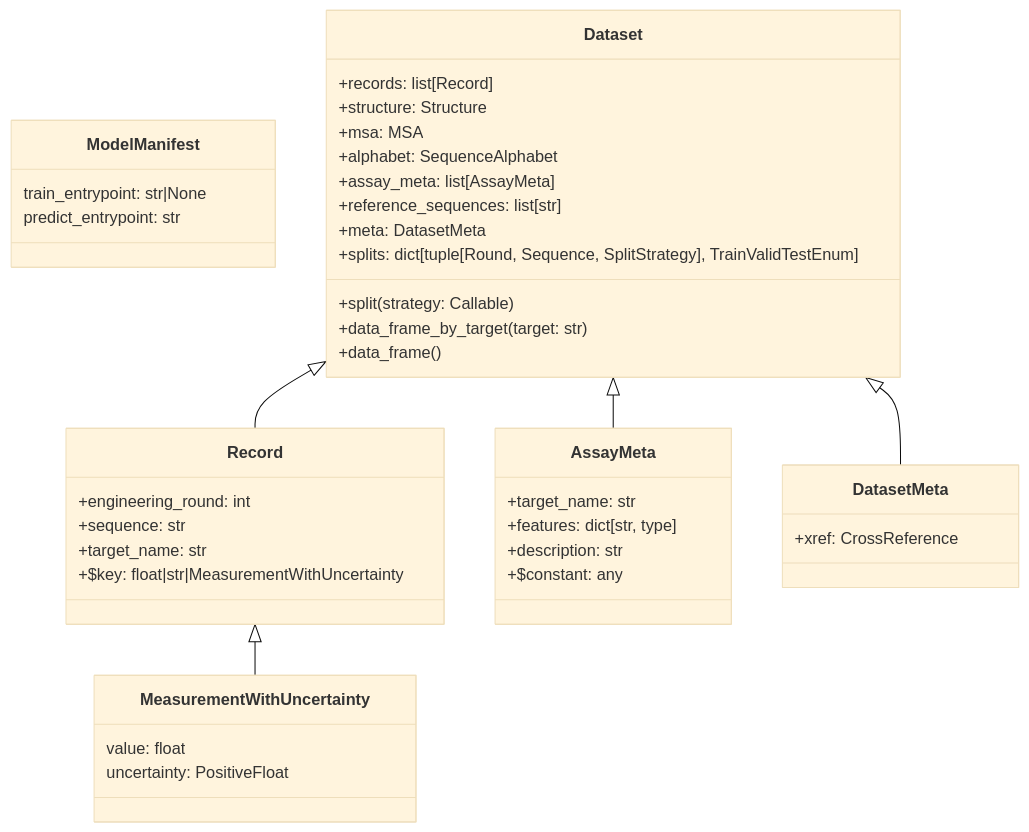
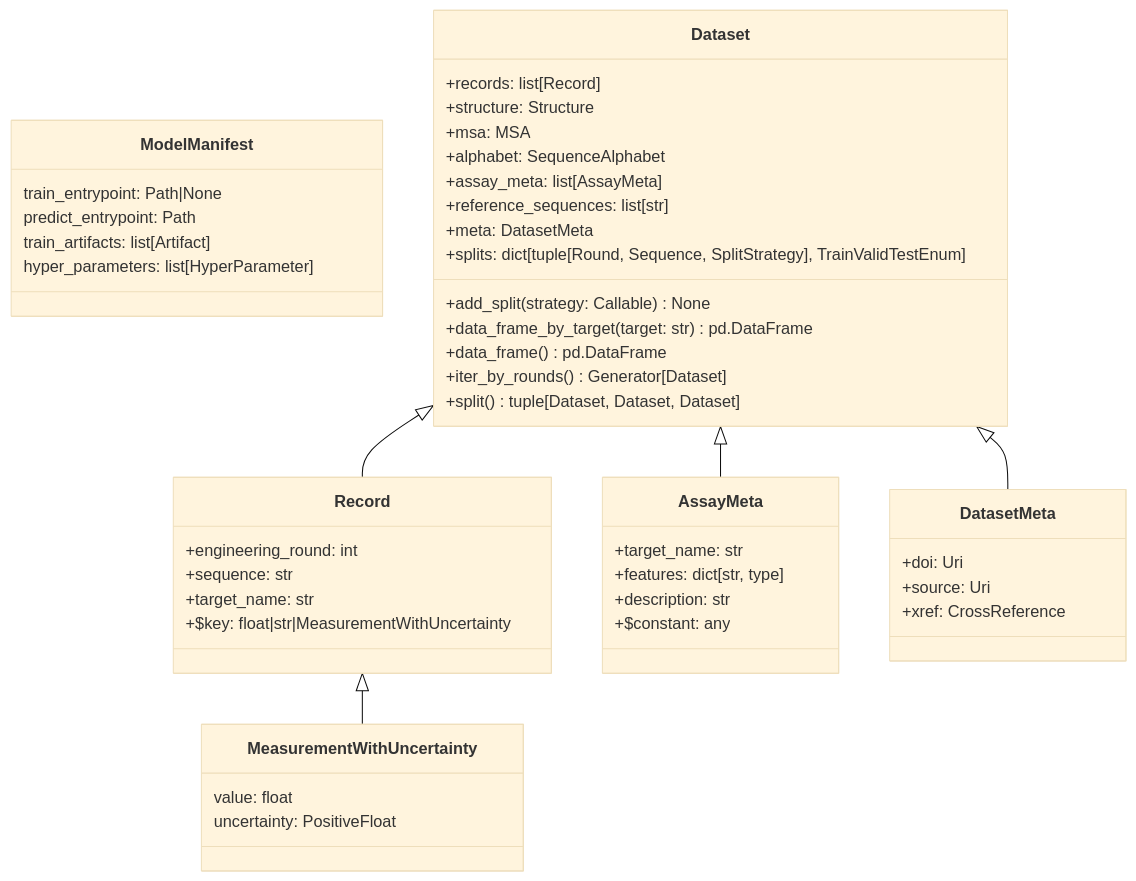
One commit to ProteinGym/proteingym-base changed the diagram in README.md. Above: the diagram before and after it, drawn with Mermaid (base theme).

Commit message:
doc: add expected methods to schema

````diff
--- a/README.md
+++ b/README.md
@@ -4,44 +4,49 @@
 ``` mermaid
 classDiagram
     class ModelManifest{
-        train_entrypoint: str|None
-        predict_entrypoint: str
+        train_entrypoint: Path|None
+        predict_entrypoint: Path
+        train_artifacts: list[Artifact]
+        hyper_parameters: list[HyperParameter]
     }
     class MeasurementWithUncertainty{
         value: float
         uncertainty: PositiveFloat
     }
     class Dataset{
         +records: list[Record]
         +structure: Structure
         +msa: MSA
         +alphabet: SequenceAlphabet
         +assay_meta: list[AssayMeta]
         +reference_sequences: list[str]
         +meta: DatasetMeta
         +splits: dict[tuple[Round, Sequence, SplitStrategy], TrainValidTestEnum]
-        +split(strategy: Callable)
-        +data_frame_by_target(target: str)
-        +data_frame()
+        +add_split(strategy: Callable) None
+        +data_frame_by_target(target: str) pd.DataFrame
+        +data_frame() pd.DataFrame
+        +iter_by_rounds() Generator[Dataset]
+        +split() tuple[Dataset, Dataset, Dataset]
     }
     Dataset <|-- Record
     class Record{
       +engineering_round: int
       +sequence: str
       +target_name: str
       +$key: float|str|MeasurementWithUncertainty
     }
     class AssayMeta{
         +target_name: str
         +features: dict[str, type]
         +description: str
         +$constant: any
     }
     Dataset <|-- AssayMeta
     Dataset <|-- DatasetMeta
     Record <|-- MeasurementWithUncertainty
     class DatasetMeta {
+        +doi: Uri
+        +source: Uri
         +xref: CrossReference
     }
-   
 ```
````
